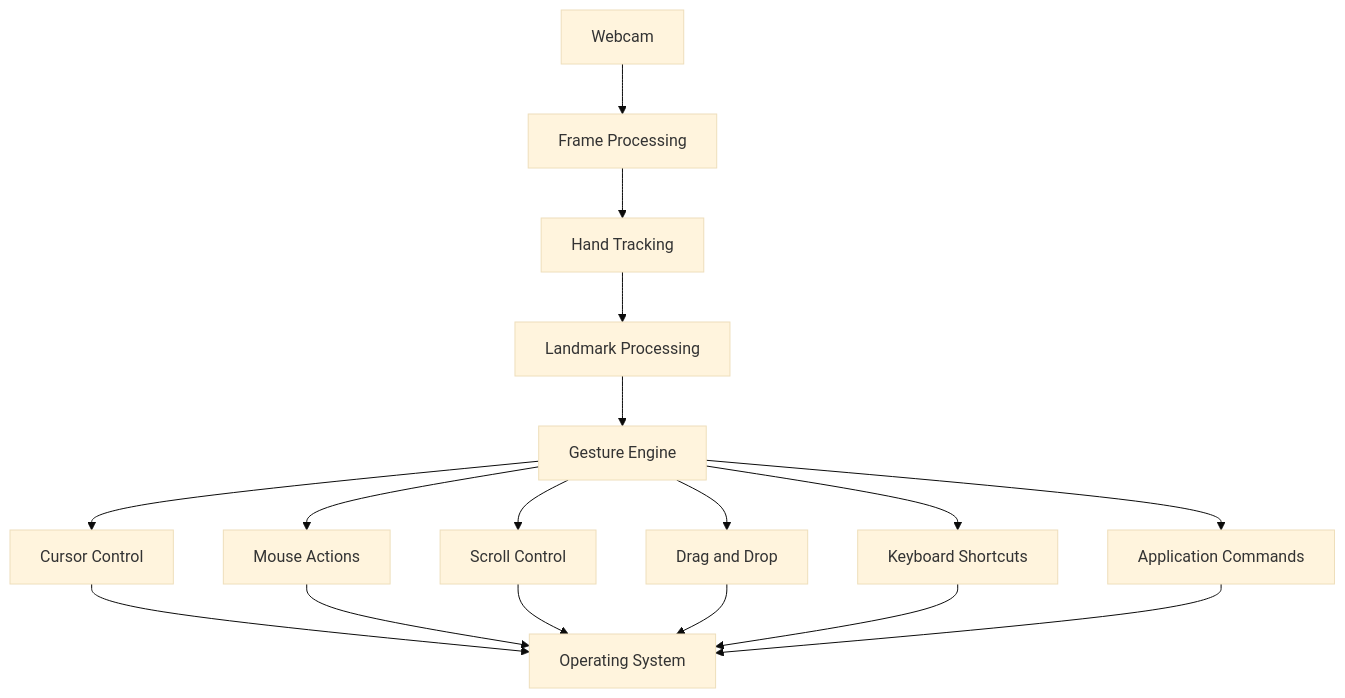
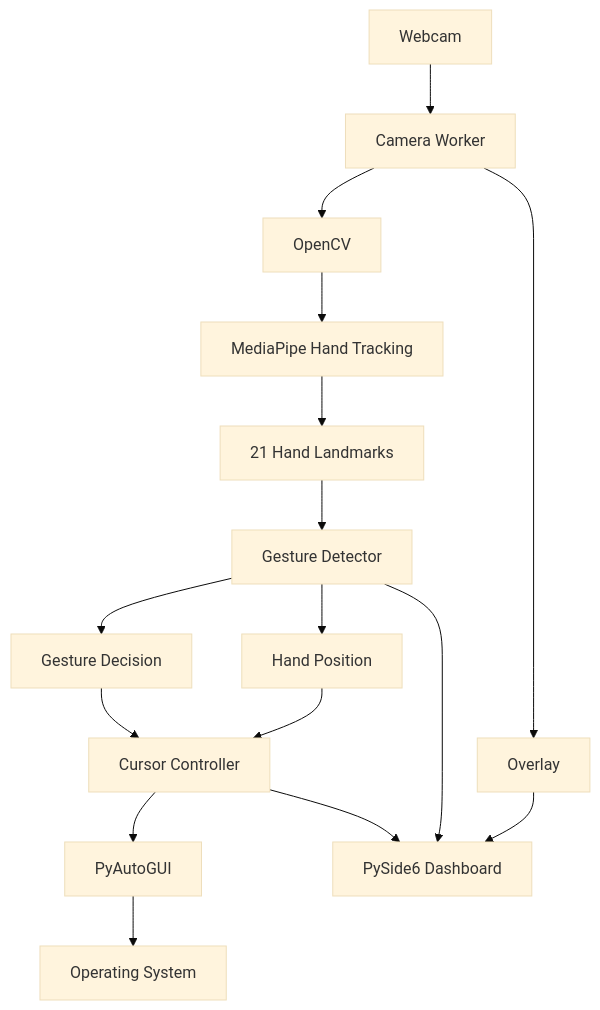
One commit to dhruvlad1/GestureFlow changed the diagram in README.md. Above: the diagram before and after it, drawn with Mermaid (base theme). The commit also changed other lines of this file, not shown here.

````diff
--- a/README.md
+++ b/README.md
@@ -1008,21 +56,25 @@
 ```mermaid
-flowchart TD
-    A[Webcam] --> B[Frame Processing]
-    B --> C[Hand Tracking]
-    C --> D[Landmark Processing]
-    D --> E[Gesture Engine]
+flowchart TB
+    A[Webcam] --> B[Camera Worker]
 
-    E --> F[Cursor Control]
-    E --> G[Mouse Actions]
-    E --> H[Scroll Control]
-    E --> I[Drag and Drop]
-    E --> J[Keyboard Shortcuts]
-    E --> K[Application Commands]
+    B --> C[OpenCV]
+    C --> D[MediaPipe Hand Tracking]
 
-    F --> L[Operating System]
-    G --> L
-    H --> L
-    I --> L
-    J --> L
-    K --> L
+    D --> E[21 Hand Landmarks]
+    E --> F[Gesture Detector]
+
+    F --> G[Gesture Decision]
+    F --> H[Hand Position]
+
+    H --> I[Cursor Controller]
+    G --> I
+
+    I --> J[PyAutoGUI]
+    J --> K[Operating System]
+
+    B --> L[Overlay]
+    L --> M[PySide6 Dashboard]
+
+    F --> M
+    I --> M
 ```
````
